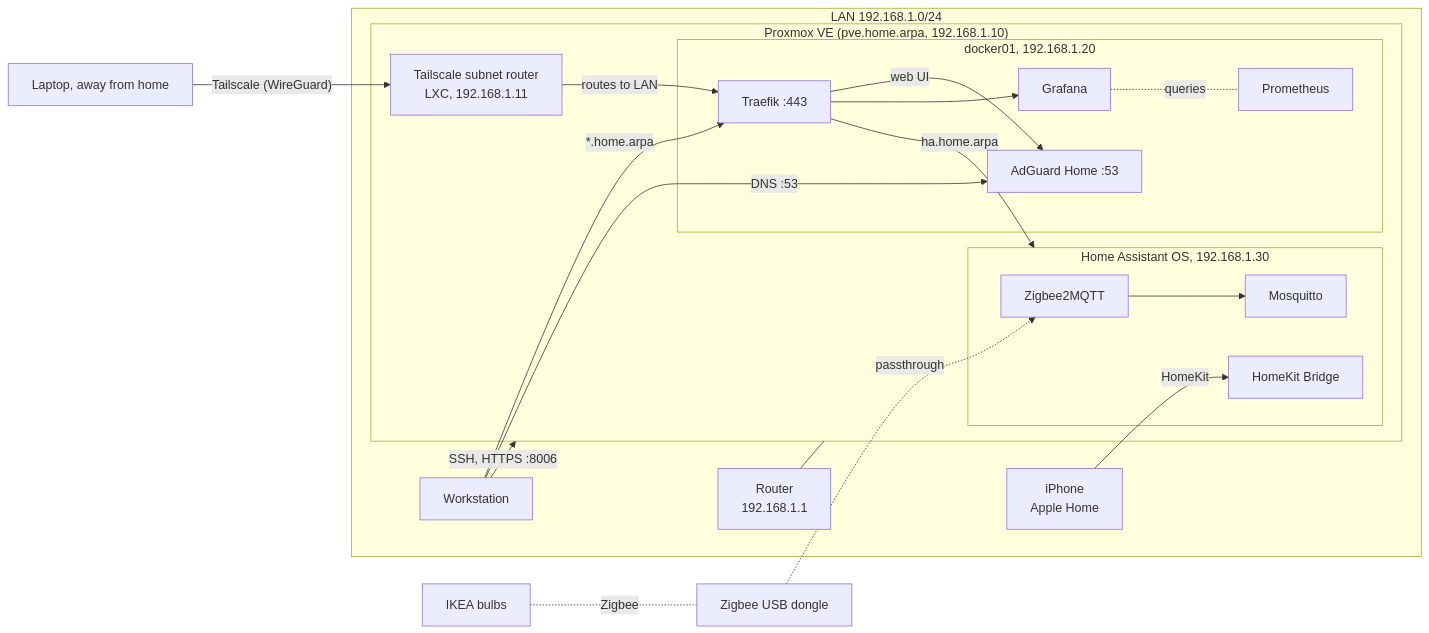
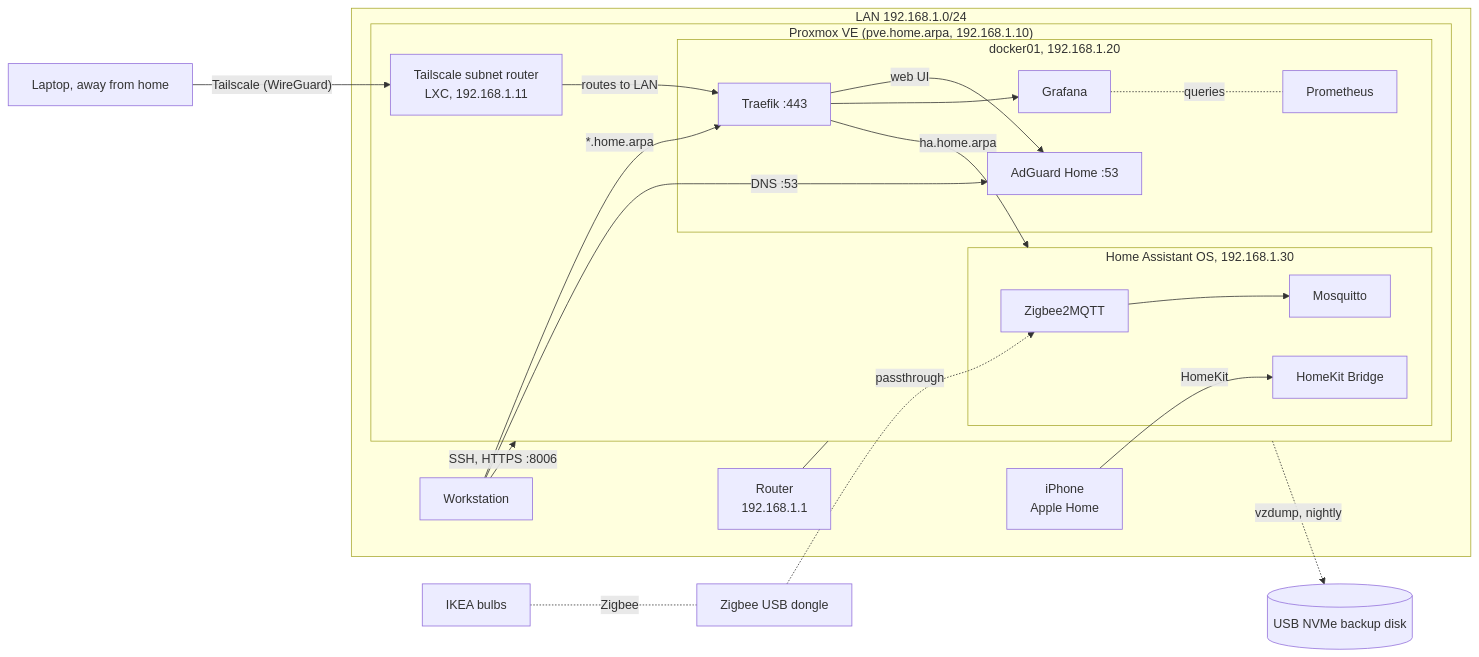
Before and after one commit to ralferik/homelab: the diagram in README.md, drawn with Mermaid. The commit also changed other lines of this file, not shown here.

Commit message:
README: add backup disk to architecture, hardware and status (#4)

````diff
--- a/README.md
+++ b/README.md
@@ -14,36 +14,38 @@
 ```mermaid
 flowchart LR
     subgraph LAN["LAN 192.168.1.0/24"]
         router["Router<br/>192.168.1.1"]
         ws["Workstation"]
         phone["iPhone<br/>Apple Home"]
         subgraph pve["Proxmox VE (pve.home.arpa, 192.168.1.10)"]
             ts["Tailscale subnet router<br/>LXC, 192.168.1.11"]
             subgraph docker["docker01, 192.168.1.20"]
                 traefik["Traefik :443"]
                 adguard["AdGuard Home :53"]
                 prom["Prometheus"]
                 grafana["Grafana"]
             end
             subgraph haos["Home Assistant OS, 192.168.1.30"]
                 z2m["Zigbee2MQTT"]
                 mqtt["Mosquitto"]
                 homekit["HomeKit Bridge"]
             end
         end
     end
     ws -- "SSH, HTTPS :8006" --> pve
     laptop["Laptop, away from home"] -- "Tailscale (WireGuard)" --> ts
     ts -- "routes to LAN" --> traefik
     ws -- "*.home.arpa" --> traefik
     traefik -- "web UI" --> adguard
     traefik -- "ha.home.arpa" --> haos
     traefik --> grafana
     grafana -. "queries" .- prom
     ws -- "DNS :53" --> adguard
     router --- pve
     dongle["Zigbee USB dongle"] -. passthrough .-> z2m
     z2m --> mqtt
     lamps["IKEA bulbs"] -. Zigbee .- dongle
     phone -- "HomeKit" --> homekit
+    usbdisk[("USB NVMe backup disk")]
+    pve -. "vzdump, nightly" .-> usbdisk
 ```
````
